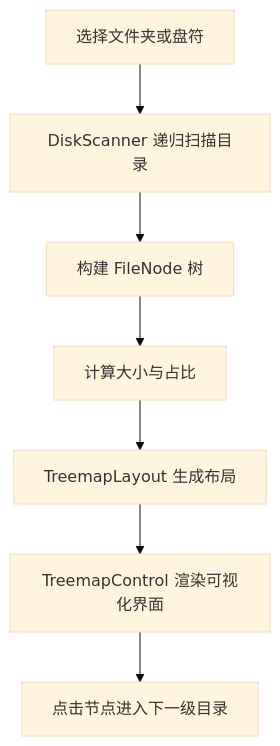
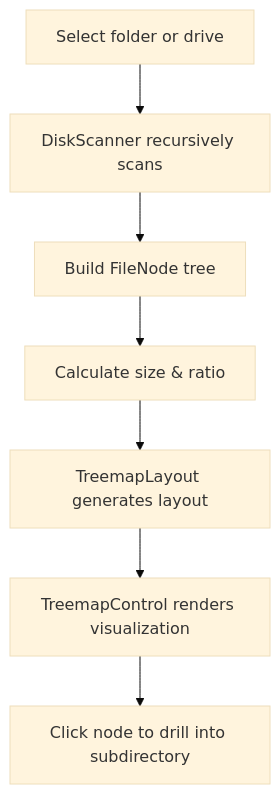
One commit to s77zz/SpaceSniffer changed the diagram in README.md. Above: the diagram before and after it, drawn with Mermaid (base theme). The commit also changed other lines of this file and 5 other files, not shown here.

````diff
--- a/README.md
+++ b/README.md
@@ -29,9 +31,9 @@
 ```mermaid
 flowchart TD
-    A["选择文件夹或盘符"] --> B["DiskScanner 递归扫描目录"]
-    B --> C["构建 FileNode 树"]
-    C --> D["计算大小与占比"]
-    D --> E["TreemapLayout 生成布局"]
-    E --> F["TreemapControl 渲染可视化界面"]
-    F --> G["点击节点进入下一级目录"]
+    A["Select folder or drive"] --> B["DiskScanner recursively scans"]
+    B --> C["Build FileNode tree"]
+    C --> D["Calculate size & ratio"]
+    D --> E["TreemapLayout generates layout"]
+    E --> F["TreemapControl renders visualization"]
+    F --> G["Click node to drill into subdirectory"]
 ```
````
